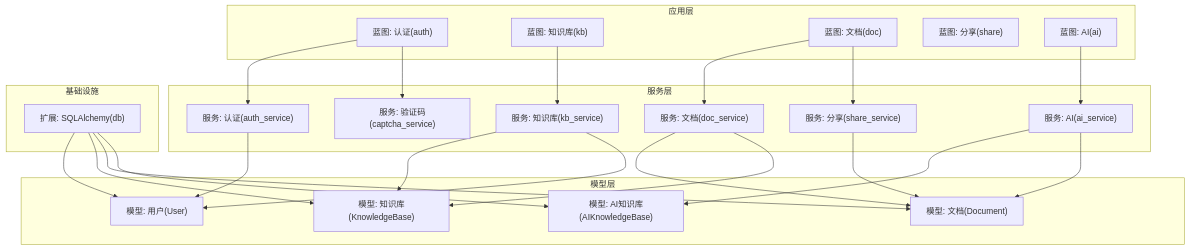
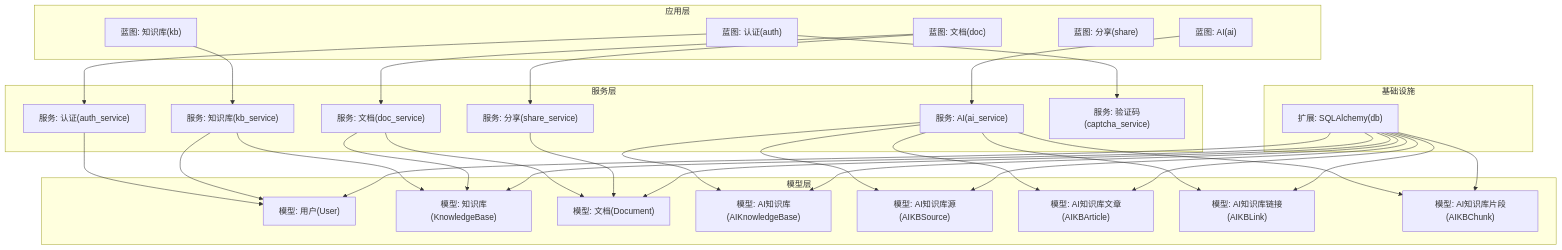
The first of 9 diagrams in .qoder/repowiki/zh/content/架构设计/服务层架构/服务层架构.md (beyondalbert/my_wiki), drawn with Mermaid before and after one commit. The commit also changed other lines of this file and 10 other files, not shown here.

````diff
--- a/.qoder/repowiki/zh/content/架构设计/服务层架构/服务层架构.md
+++ b/.qoder/repowiki/zh/content/架构设计/服务层架构/服务层架构.md
@@ -48,45 +58,56 @@
 ```mermaid
 graph TB
 subgraph "应用层"
 BP_AUTH["蓝图: 认证(auth)"]
 BP_KB["蓝图: 知识库(kb)"]
 BP_DOC["蓝图: 文档(doc)"]
 BP_SHARE["蓝图: 分享(share)"]
 BP_AI["蓝图: AI(ai)"]
 end
 subgraph "服务层"
 S_AUTH["服务: 认证(auth_service)"]
 S_KB["服务: 知识库(kb_service)"]
 S_DOC["服务: 文档(doc_service)"]
 S_AI["服务: AI(ai_service)"]
 S_SHARE["服务: 分享(share_service)"]
 S_CAPTCHA["服务: 验证码(captcha_service)"]
 end
 subgraph "模型层"
 M_USER["模型: 用户(User)"]
 M_KB["模型: 知识库(KnowledgeBase)"]
 M_DOC["模型: 文档(Document)"]
 M_AIKB["模型: AI知识库(AIKnowledgeBase)"]
+M_AIKBSRC["模型: AI知识库源(AIKBSource)"]
+M_AIKBART["模型: AI知识库文章(AIKBArticle)"]
+M_AIKBLINK["模型: AI知识库链接(AIKBLink)"]
+M_AIKBCHUNK["模型: AI知识库片段(AIKBChunk)"]
 end
 subgraph "基础设施"
 EXT_DB["扩展: SQLAlchemy(db)"]
 end
 BP_AUTH --> S_AUTH
 BP_AUTH --> S_CAPTCHA
 BP_KB --> S_KB
 BP_DOC --> S_DOC
 BP_DOC --> S_SHARE
 BP_AI --> S_AI
 S_AUTH --> M_USER
 S_KB --> M_KB
 S_KB --> M_USER
 S_DOC --> M_DOC
 S_DOC --> M_KB
 S_AI --> M_AIKB
-S_AI --> M_DOC
+S_AI --> M_AIKBSRC
+S_AI --> M_AIKBART
+S_AI --> M_AIKBLINK
+S_AI --> M_AIKBCHUNK
 S_SHARE --> M_DOC
 EXT_DB --> M_USER
 EXT_DB --> M_KB
 EXT_DB --> M_DOC
 EXT_DB --> M_AIKB
+EXT_DB --> M_AIKBSRC
+EXT_DB --> M_AIKBART
+EXT_DB --> M_AIKBLINK
+EXT_DB --> M_AIKBCHUNK
 ```
````
